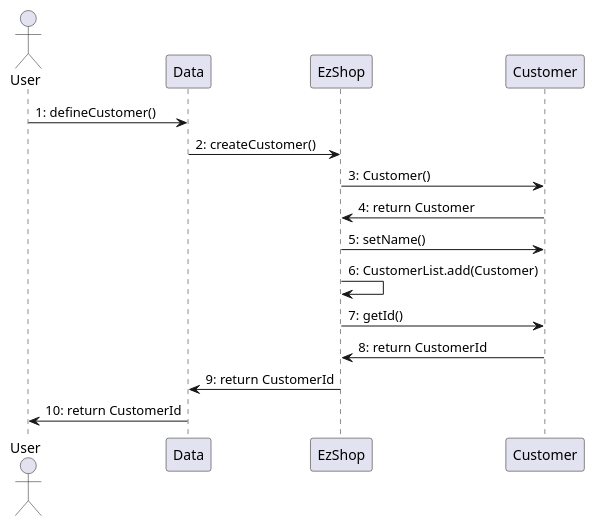
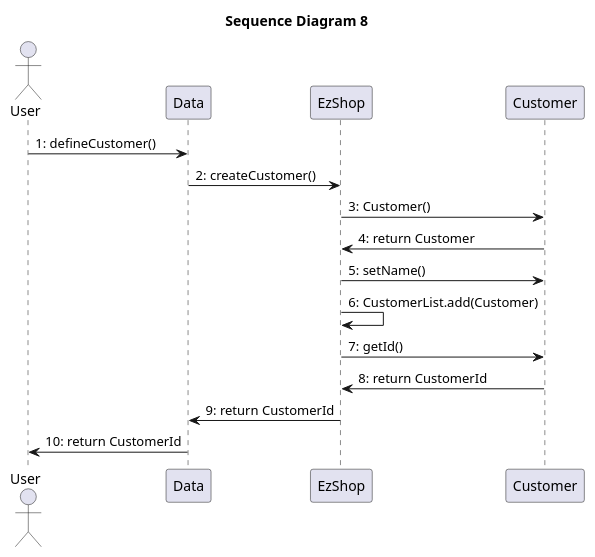
One commit to paolotron/EzshoProject31 changed the tenth of 15 diagrams in Deliverables/DesignDocument.md. Above: the diagram before and after it, drawn with PlantUML. The commit also changed other lines of this file, not shown here.

Commit message:
Updated sequence diagram's titles .md

````diff
--- a/Deliverables/DesignDocument.md
+++ b/Deliverables/DesignDocument.md
@@ -471,19 +477,20 @@
 ``` plantuml
 @startuml
+title "Sequence Diagram 8"
 actor User as U1
 participant Data
 participant EzShop
 participant Customer 
 
 U1->Data: 1: defineCustomer()
 Data->EzShop: 2: createCustomer()
 EzShop->Customer: 3: Customer()
 Customer->EzShop: 4: return Customer
 EzShop->Customer: 5: setName()
 EzShop->EzShop: 6: CustomerList.add(Customer)
 EzShop->Customer: 7: getId()
 Customer->EzShop: 8: return CustomerId
 EzShop->Data: 9: return CustomerId
 Data->U1: 10: return CustomerId
 @enduml
 ```
````
